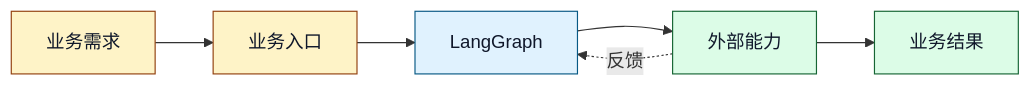
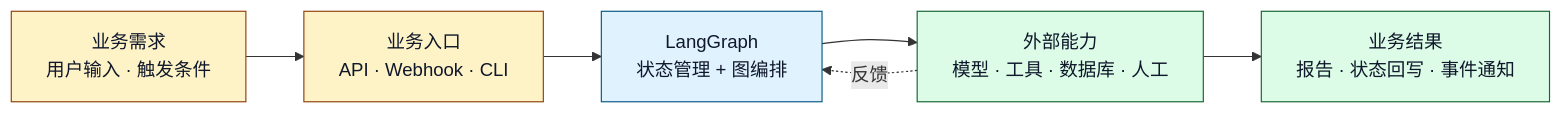
The first of 13 diagrams in ai-agent学习/06.LangGraph入门/16.LangGraph业务落地项目架构.md (sealzrt/2026-08--agent), drawn with Mermaid before and after one commit. The commit also changed other lines of this file and 13 other files, not shown here.

````diff
--- a/ai-agent学习/06.LangGraph入门/16.LangGraph业务落地项目架构.md
+++ b/ai-agent学习/06.LangGraph入门/16.LangGraph业务落地项目架构.md
@@ -29,14 +29,14 @@
 ```mermaid
 flowchart LR
-    A[业务需求] --> B[业务入口]
-    B --> C[LangGraph]
-    C --> D[外部能力]
-    D --> E[业务结果]
+    A["业务需求<br/>用户输入 · 触发条件"] --> B["业务入口<br/>API · Webhook · CLI"]
+    B --> C["LangGraph<br/>状态管理 + 图编排"]
+    C --> D["外部能力<br/>模型 · 工具 · 数据库 · 人工"]
+    D --> E["业务结果<br/>报告 · 状态回写 · 事件通知"]
     D -.->|反馈| C
     classDef biz fill:#fef3c7,stroke:#92400e,color:#0f172a
     classDef core fill:#e0f2fe,stroke:#075985,color:#0f172a
     classDef cap fill:#dcfce7,stroke:#166534,color:#0f172a
     class A,B biz
     class C core
     class D,E cap
 ```
````
